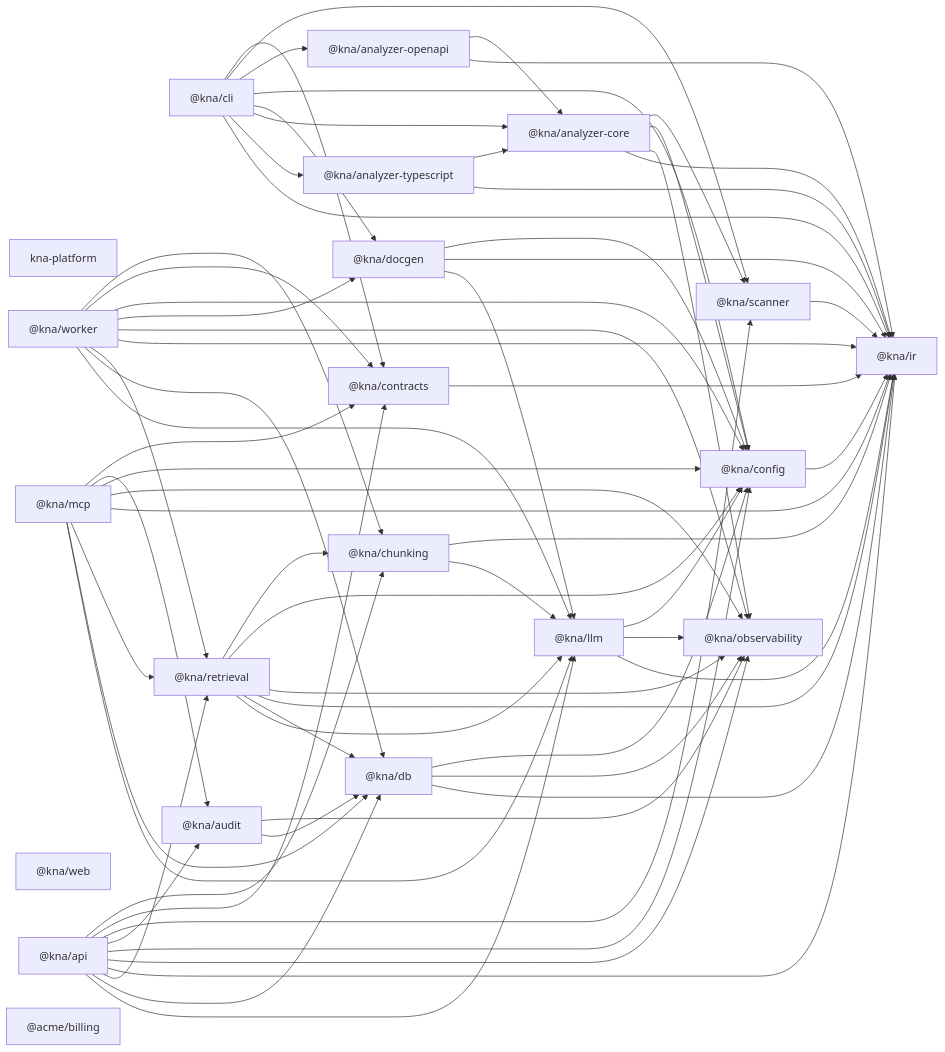
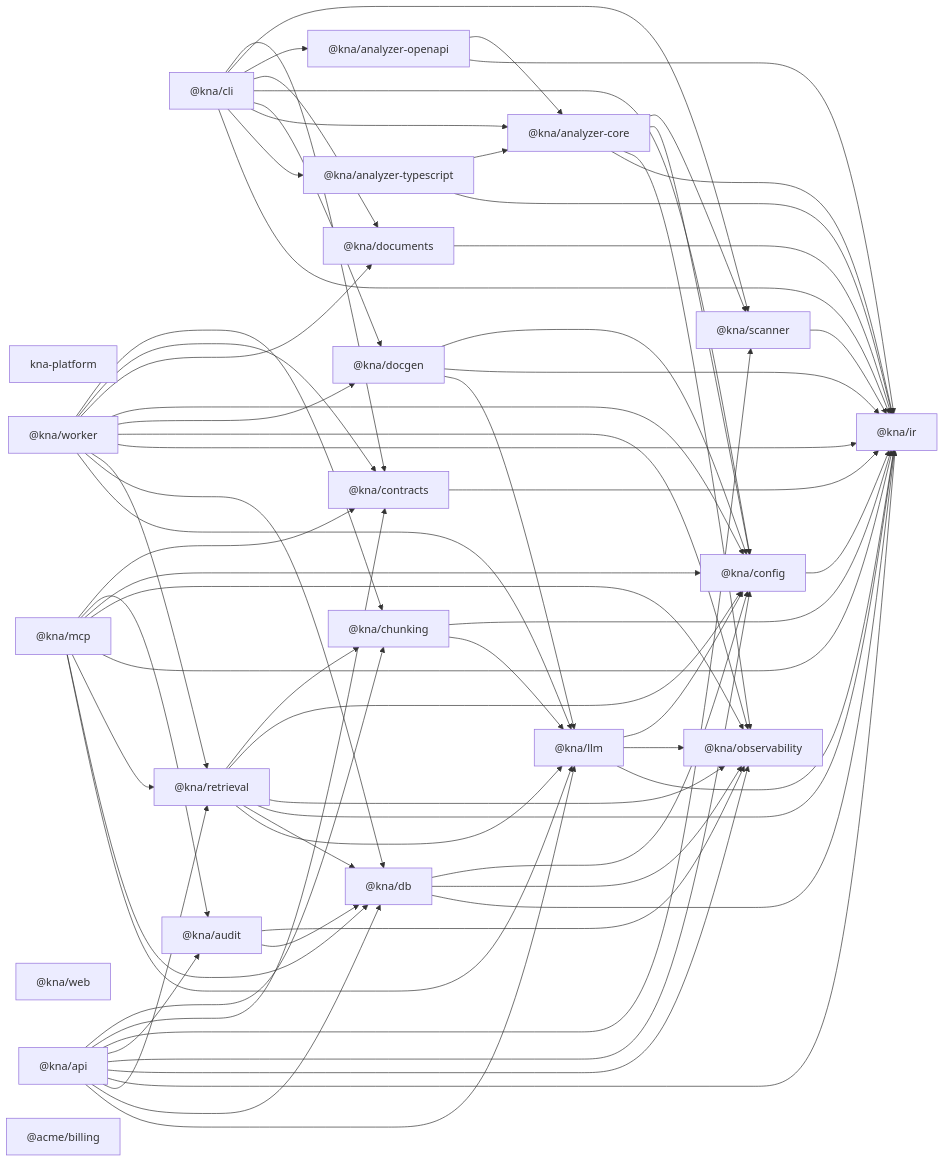
One commit to NMsanka/kna changed the second of 2 diagrams in docs/generated/architecture/overview.md. Above: the diagram before and after it, drawn with Mermaid. The commit also changed other lines of this file and 13 other files, not shown here.

```diff
--- a/docs/generated/architecture/overview.md
+++ b/docs/generated/architecture/overview.md
@@ -151,6 +153,7 @@
   nci1whn["@kna/contracts"]
   n8x7ko0["@kna/db"]
   nmgrrdj["@kna/docgen"]
+  nv2r8ez["@kna/documents"]
   n5s5pyy["@kna/ir"]
   nwrz1ru["@kna/llm"]
   ny11cr7["@kna/observability"]
@@ -158,6 +161,7 @@
   n18dtev["@kna/scanner"]
   nmbkpwu --> nky29sl
   nmbkpwu --> nci1whn
+  nmbkpwu --> nv2r8ez
   nmbkpwu --> nob0n5d
   nmbkpwu --> nmgrrdj
   nmbkpwu --> ny11cr7
@@ -171,9 +175,11 @@
   n18dtev --> n5s5pyy
   ng38xj1 --> nekc84h
   ng38xj1 --> n5s5pyy
+  nv2r8ez --> n5s5pyy
   nszx0fb --> nci1whn
   nszx0fb --> n18dtev
   nszx0fb --> ng38xj1
+  nszx0fb --> nv2r8ez
   nszx0fb --> nob0n5d
   nszx0fb --> nmgrrdj
   nszx0fb --> nekc84h
```
